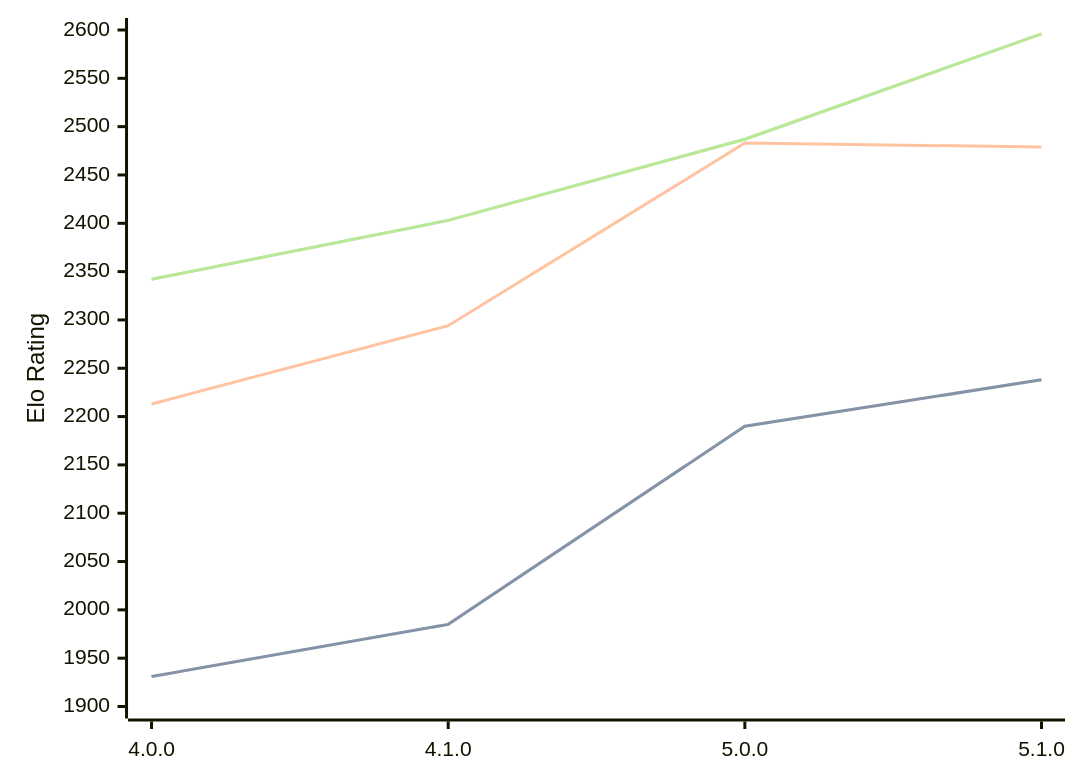
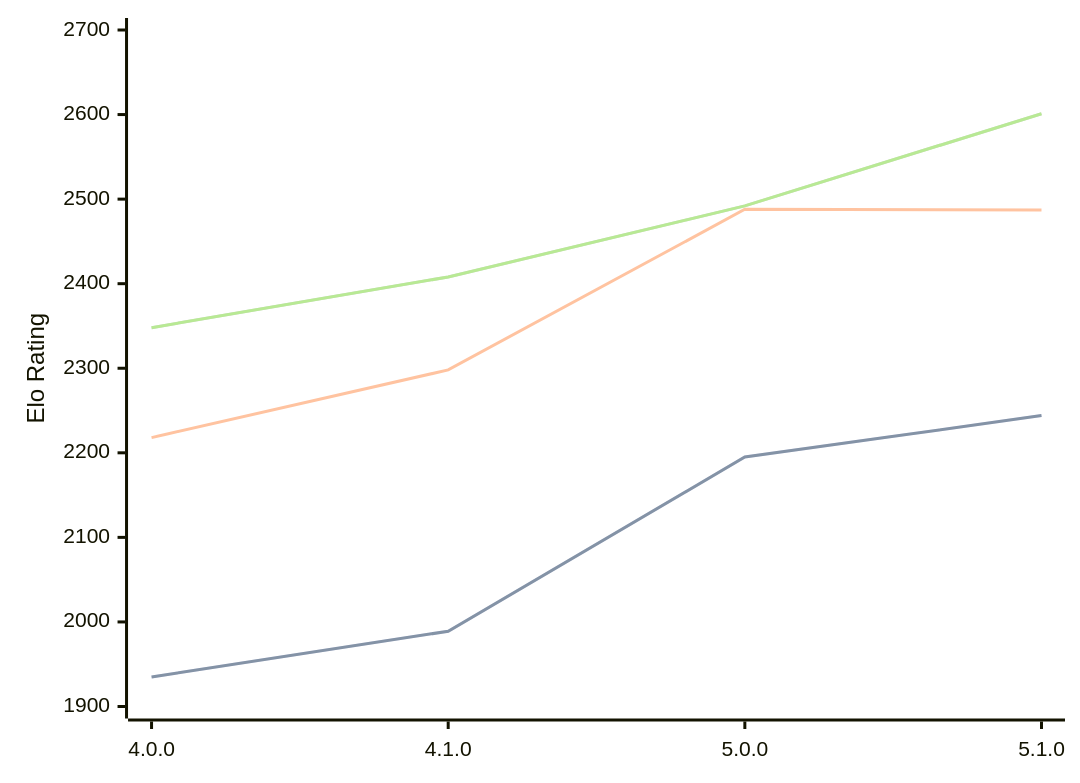
Before and after one commit to computer-chess-index/cci: the diagram in engines/Aconcagua.md, drawn with Mermaid. The commit also changed other lines of this file, not shown here.

Commit message:
Update CCI Ratings (ELO VLTC) - 2026-04-14

````diff
--- a/engines/Aconcagua.md
+++ b/engines/Aconcagua.md
@@ -43,11 +43,11 @@
 ```mermaid
 %%{init: {"theme":"base","themeVariables":{"seriesColors:['#a3a3a3','#222221','#faa371']}}}%%
 xychart-beta
   x-axis ["4.0.0", "4.1.0", "5.0.0", "5.1.0"]
-  y-axis "Elo Rating" 1900 --> 2600
-  line "STC (8.0+0.08s)" [1931, 1985, 2190, 2238]
-  line "STC (8.0+0.08s)" [1931, 1985, 2190, 2238]
-  line "LTC (60.0+0.60s)" [2213, 2294, 2483, 2479]
-  line "VLTC (2m24s+1.12s)" [2342, 2403, 2487, 2596]
-  line "VLTC (2m24s+1.12s)" [2342, 2403, 2487, 2596]
+  y-axis "Elo Rating" 1900 --> 2700
+  line "STC (8.0+0.08s)" [1935, 1989, 2195, 2244]
+  line "STC (8.0+0.08s)" [1935, 1989, 2195, 2244]
+  line "LTC (60.0+0.60s)" [2218, 2298, 2488, 2487]
+  line "VLTC (2m24s+1.12s)" [2348, 2408, 2492, 2601]
+  line "VLTC (2m24s+1.12s)" [2348, 2408, 2492, 2601]
 ```
````
